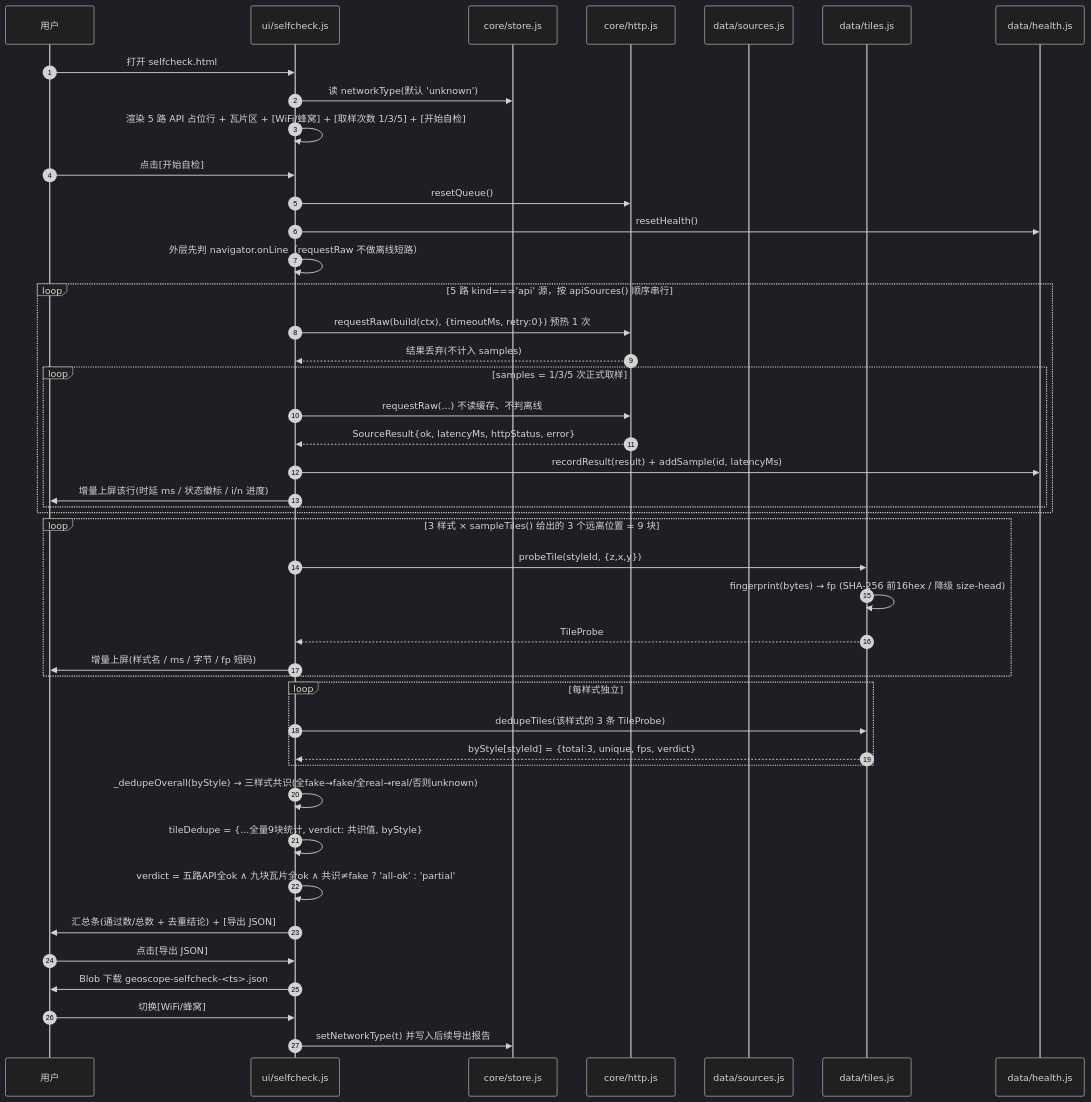
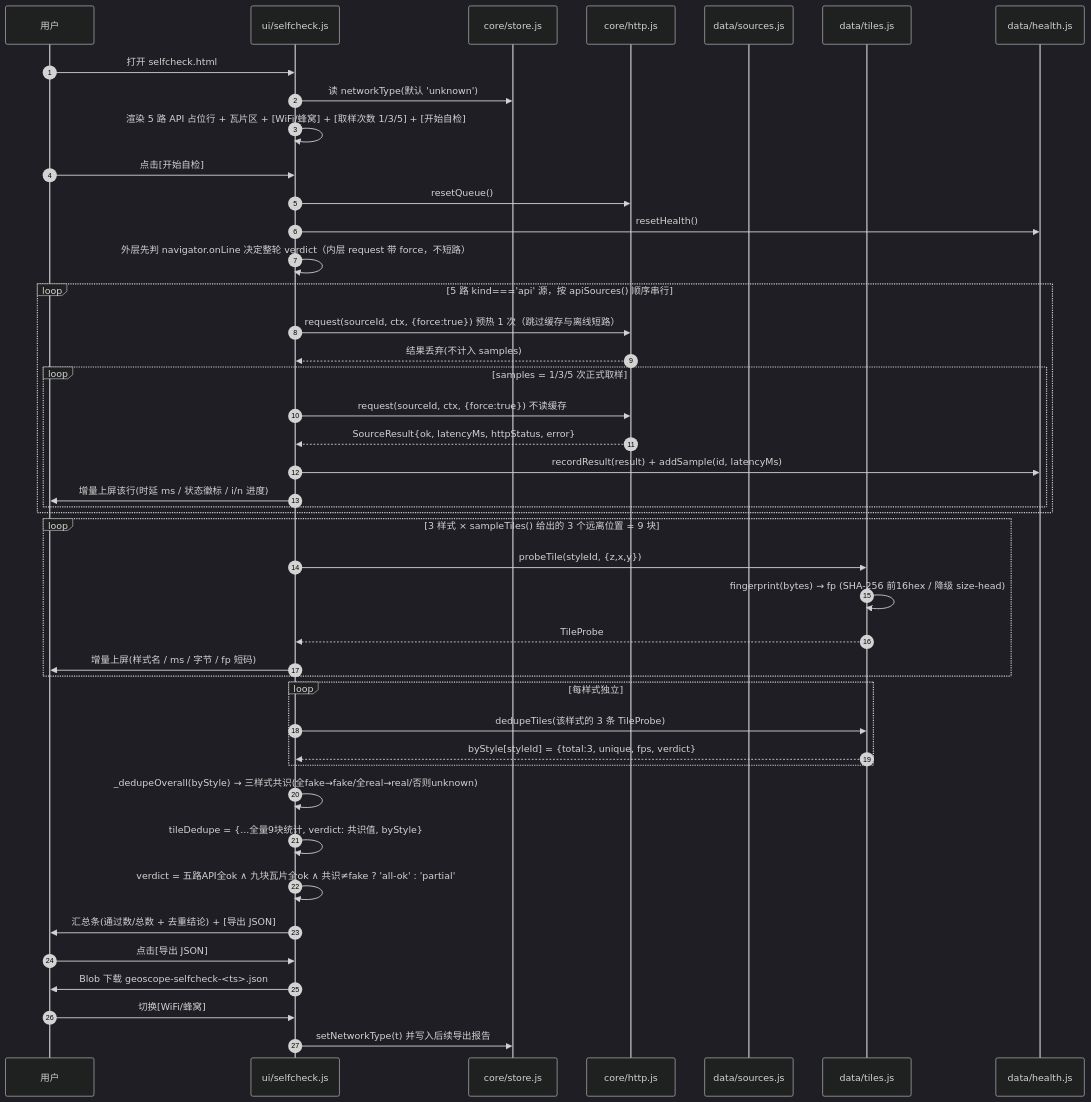
The second of 2 diagrams in docs/stage1-architecture.md (XiushanLiu/geoscope-pwa), drawn with Mermaid (dark theme) before and after one commit. The commit also changed other lines of this file and 6 other files, not shown here.

Commit message:
fix(sw,http): 子路径部署离线导航回退 + requestRaw 离线短路，壳升 v103

````diff
--- a/docs/stage1-architecture.md
+++ b/docs/stage1-architecture.md
@@ -766,47 +766,47 @@
 ```mermaid
 sequenceDiagram
     autonumber
     participant U as 用户
     participant SC as ui/selfcheck.js
     participant Store as core/store.js
     participant Http as core/http.js
     participant Src as data/sources.js
     participant Tiles as data/tiles.js
     participant Hl as data/health.js
 
     U->>SC: 打开 selfcheck.html
     SC->>Store: 读 networkType(默认 'unknown')
     SC->>SC: 渲染 5 路 API 占位行 + 瓦片区 + [WiFi/蜂窝] + [取样次数 1/3/5] + [开始自检]
     U->>SC: 点击[开始自检]
     SC->>Http: resetQueue()
     SC->>Hl: resetHealth()
-    SC->>SC: 外层先判 navigator.onLine（requestRaw 不做离线短路）
+    SC->>SC: 外层先判 navigator.onLine 决定整轮 verdict（内层 request 带 force，不短路）
     loop 5 路 kind==='api' 源，按 apiSources() 顺序串行
-        SC->>Http: requestRaw(build(ctx), {timeoutMs, retry:0})  预热 1 次
+        SC->>Http: request(sourceId, ctx, {force:true})  预热 1 次（跳过缓存与离线短路）
         Http-->>SC: 结果丢弃(不计入 samples)
         loop samples = 1/3/5 次正式取样
-            SC->>Http: requestRaw(...)  不读缓存、不判离线
+            SC->>Http: request(sourceId, ctx, {force:true})  不读缓存
             Http-->>SC: SourceResult{ok, latencyMs, httpStatus, error}
             SC->>Hl: recordResult(result) + addSample(id, latencyMs)
             SC->>U: 增量上屏该行(时延 ms / 状态徽标 / i/n 进度)
         end
     end
     loop 3 样式 × sampleTiles() 给出的 3 个远离位置 = 9 块
         SC->>Tiles: probeTile(styleId, {z,x,y})
         Tiles->>Tiles: fingerprint(bytes) → fp (SHA-256 前16hex / 降级 size-head)
         Tiles-->>SC: TileProbe
         SC->>U: 增量上屏(样式名 / ms / 字节 / fp 短码)
     end
     loop 每样式独立
         SC->>Tiles: dedupeTiles(该样式的 3 条 TileProbe)
         Tiles-->>SC: byStyle[styleId] = {total:3, unique, fps, verdict}
     end
     SC->>SC: _dedupeOverall(byStyle) → 三样式共识(全fake→fake/全real→real/否则unknown)
     SC->>SC: tileDedupe = {...全量9块统计, verdict: 共识值, byStyle}
     SC->>SC: verdict = 五路API全ok ∧ 九块瓦片全ok ∧ 共识≠fake ? 'all-ok' : 'partial'
     SC->>U: 汇总条(通过数/总数 + 去重结论) + [导出 JSON]
     U->>SC: 点击[导出 JSON]
     SC->>U: Blob 下载 geoscope-selfcheck-<ts>.json
     U->>SC: 切换[WiFi/蜂窝]
     SC->>Store: setNetworkType(t) 并写入后续导出报告
 ```
````
